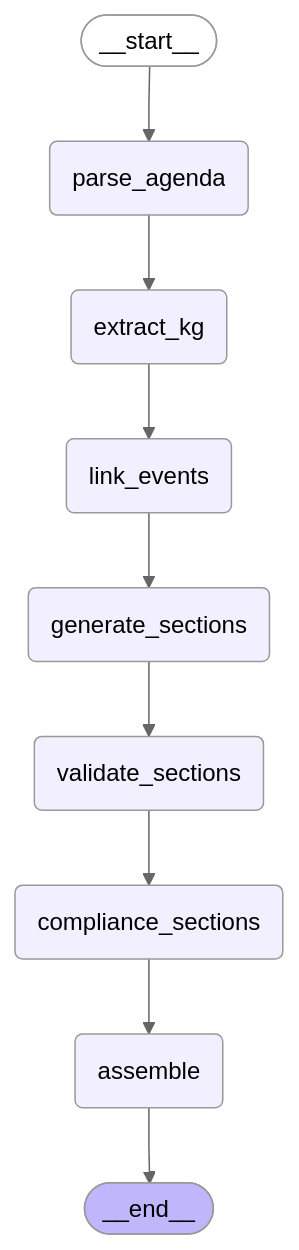
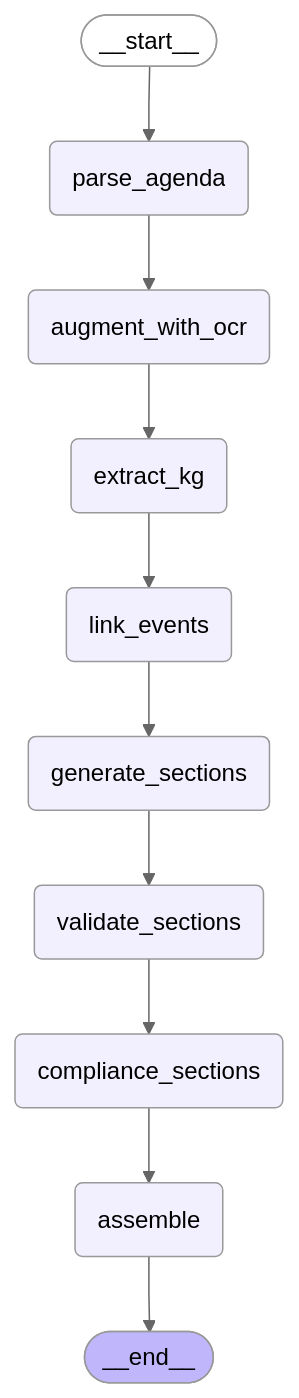
The diagram in docs/langgraph_flow/langgraph_flow_standard.mmd (bankkyss/meet_graph), drawn with Mermaid (neutral theme) before and after one commit. The commit also changed 11 other files, not shown here.

```diff
--- a/docs/langgraph_flow/langgraph_flow_standard.mmd
+++ b/docs/langgraph_flow/langgraph_flow_standard.mmd
@@ -1,26 +1,28 @@
 ---
 config:
   flowchart:
     curve: linear
 ---
 graph TD;
 	__start__([<p>__start__</p>]):::first
 	parse_agenda(parse_agenda)
+	augment_with_ocr(augment_with_ocr)
 	extract_kg(extract_kg)
 	link_events(link_events)
 	generate_sections(generate_sections)
 	validate_sections(validate_sections)
 	compliance_sections(compliance_sections)
 	assemble(assemble)
 	__end__([<p>__end__</p>]):::last
 	__start__ --> parse_agenda;
+	augment_with_ocr --> extract_kg;
 	compliance_sections --> assemble;
 	extract_kg --> link_events;
 	generate_sections --> validate_sections;
 	link_events --> generate_sections;
-	parse_agenda --> extract_kg;
+	parse_agenda --> augment_with_ocr;
 	validate_sections --> compliance_sections;
 	assemble --> __end__;
 	classDef default fill:#f2f0ff,line-height:1.2
 	classDef first fill-opacity:0
 	classDef last fill:#bfb6fc
```
